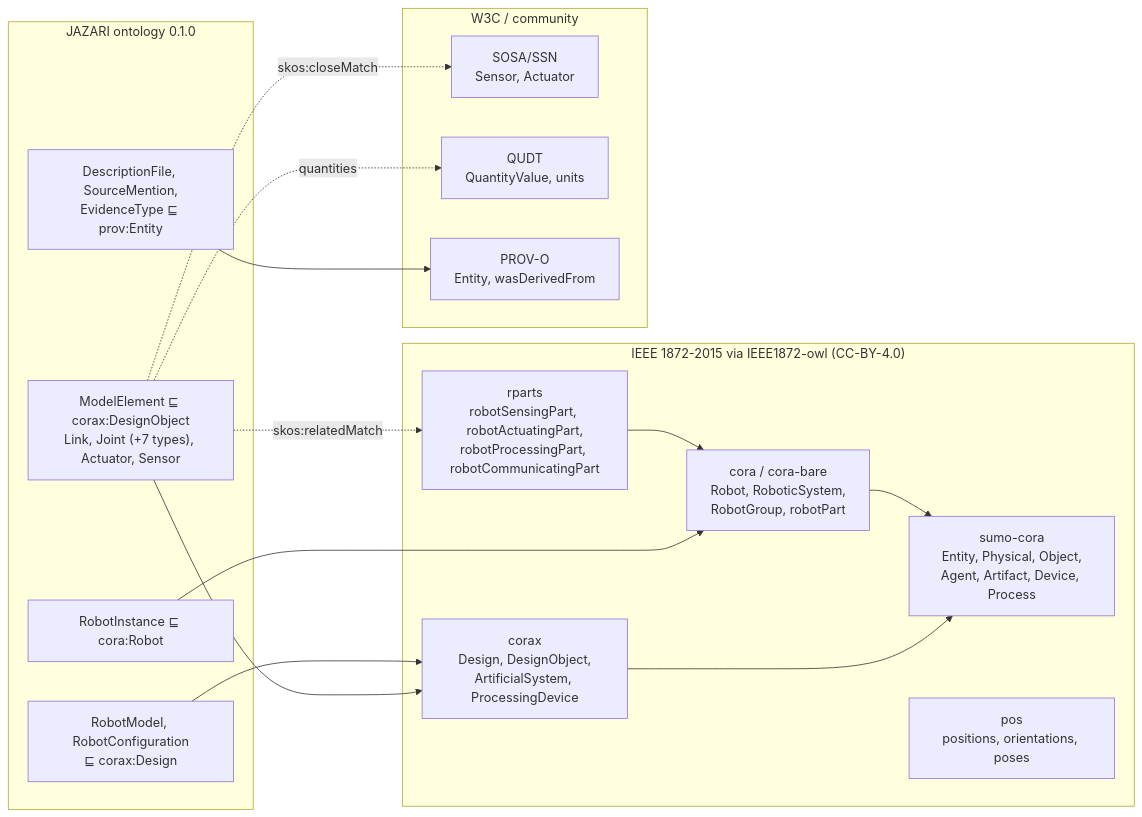
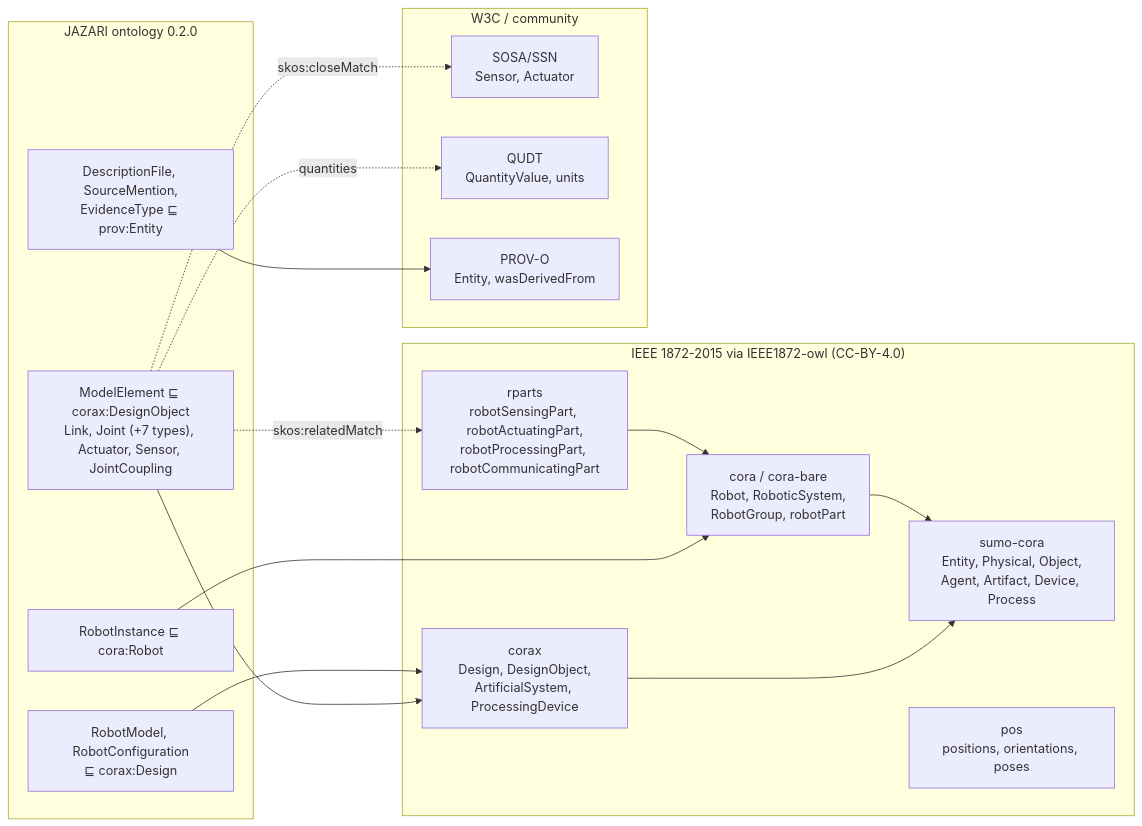
Before and after one commit to opedoussaut/al-jazari: the diagram in docs/ontology/reference-ontologies.md, drawn with Mermaid. The commit also changed other lines of this file and 45 other files, not shown here.

````diff
--- a/docs/ontology/reference-ontologies.md
+++ b/docs/ontology/reference-ontologies.md
@@ -8,31 +8,31 @@
 ```mermaid
 flowchart LR
     subgraph IEEE["IEEE 1872-2015 via IEEE1872-owl (CC-BY-4.0)"]
         SUMO["sumo-cora<br/>Entity, Physical, Object,<br/>Agent, Artifact, Device, Process"]
         CORA["cora / cora-bare<br/>Robot, RoboticSystem,<br/>RobotGroup, robotPart"]
         CORAX["corax<br/>Design, DesignObject,<br/>ArtificialSystem, ProcessingDevice"]
         RPARTS["rparts<br/>robotSensingPart, robotActuatingPart,<br/>robotProcessingPart, robotCommunicatingPart"]
         POS["pos<br/>positions, orientations, poses"]
     end
     subgraph W3C["W3C / community"]
         SOSA["SOSA/SSN<br/>Sensor, Actuator"]
         QUDT["QUDT<br/>QuantityValue, units"]
         PROV["PROV-O<br/>Entity, wasDerivedFrom"]
     end
-    subgraph JZ["JAZARI ontology 0.1.0"]
+    subgraph JZ["JAZARI ontology 0.2.0"]
         RM["RobotModel, RobotConfiguration<br/>⊑ corax:Design"]
-        EL["ModelElement ⊑ corax:DesignObject<br/>Link, Joint (+7 types), Actuator, Sensor"]
+        EL["ModelElement ⊑ corax:DesignObject<br/>Link, Joint (+7 types), Actuator, Sensor, JointCoupling"]
         EV["DescriptionFile, SourceMention,<br/>EvidenceType ⊑ prov:Entity"]
         RI["RobotInstance ⊑ cora:Robot"]
     end
     CORA --> SUMO
     CORAX --> SUMO
     RPARTS --> CORA
     RM --> CORAX
     EL --> CORAX
     RI --> CORA
     EV --> PROV
     EL -. "skos:closeMatch" .-> SOSA
     EL -. "skos:relatedMatch" .-> RPARTS
     EL -. "quantities" .-> QUDT
 ```
````
